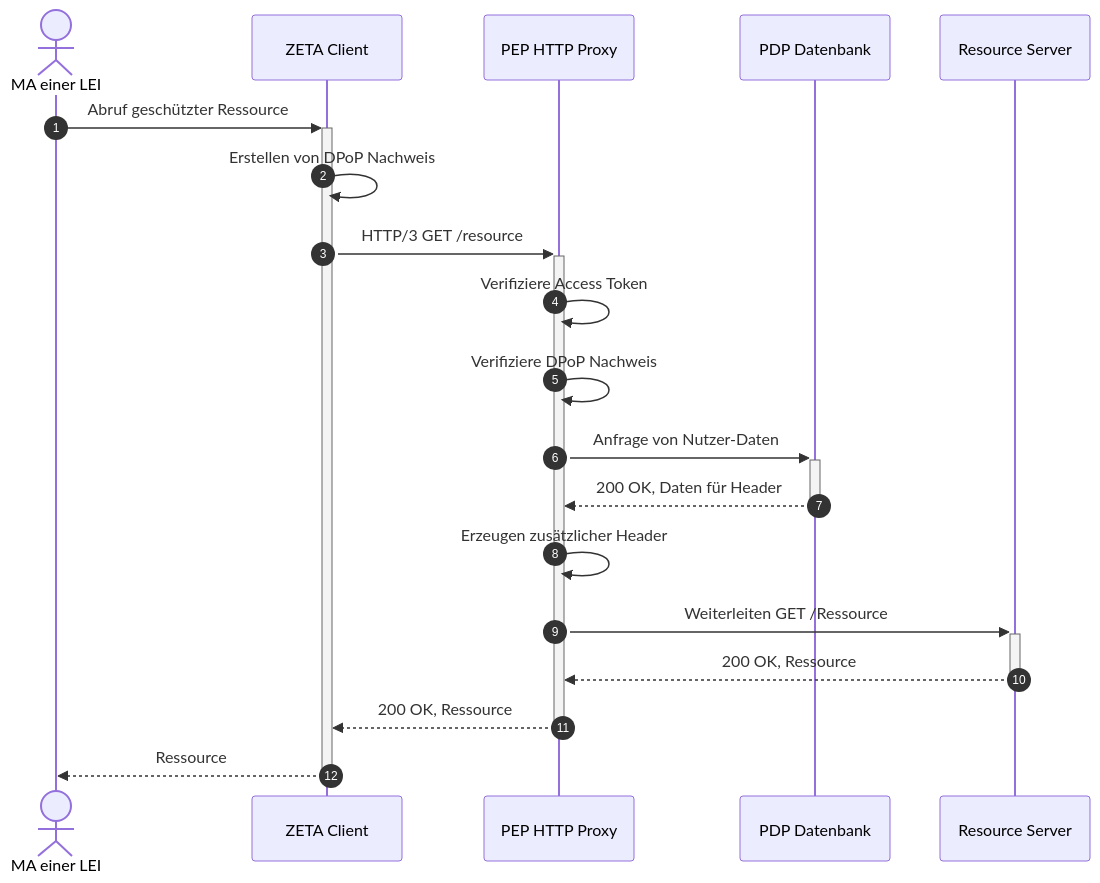
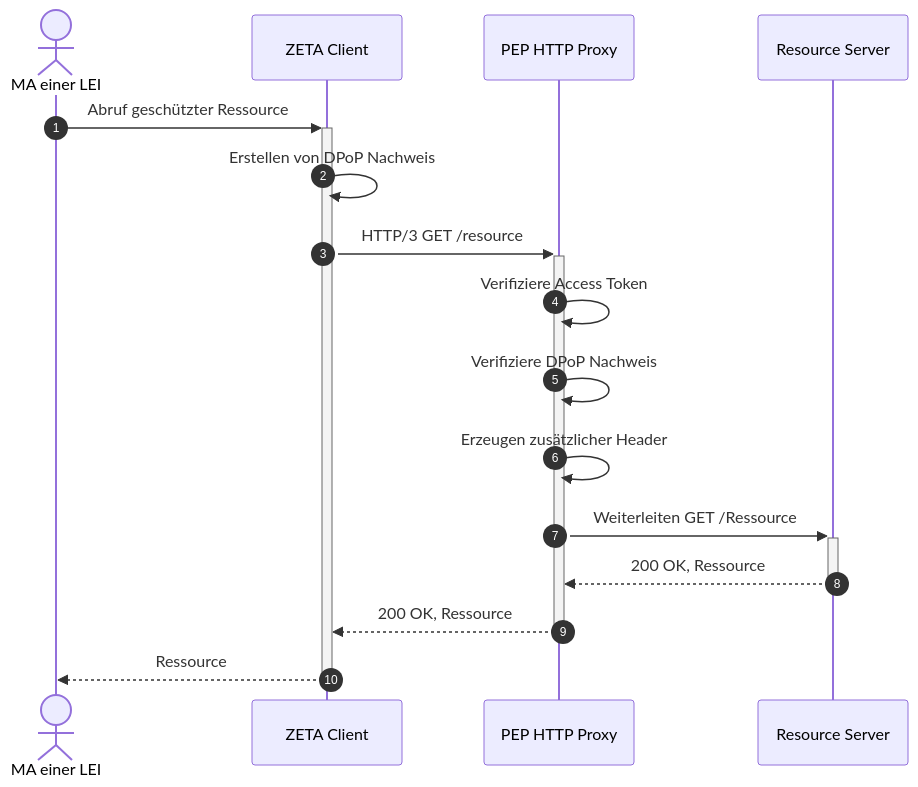
The diagram in src/test/resources/features/UserStory_01/UseCase_12/readme.adoc (gematik/zeta-tiger-testsuite), drawn with Mermaid before and after one commit. The commit also changed other lines of this file and 892 other files, not shown here.

```diff
--- a/src/test/resources/features/UserStory_01/UseCase_12/readme.adoc
+++ b/src/test/resources/features/UserStory_01/UseCase_12/readme.adoc
@@ -104,26 +94,23 @@
 [mermaid,usecase-01-12-sequence,svg]
 ....
 sequenceDiagram
     autonumber
 
     actor MA as MA einer LEI
     participant ZC as ZETA Client
     participant PEP-HP as PEP HTTP Proxy
-    participant PDP-DB as PDP Datenbank
     participant RS as Resource Server
 
     MA->>+ZC: Abruf geschützter Ressource
     ZC->>ZC: Erstellen von DPoP Nachweis
     ZC->>+PEP-HP: HTTP/3 GET /resource
 
 
     PEP-HP->>PEP-HP: Verifiziere Access Token
     PEP-HP->>PEP-HP: Verifiziere DPoP Nachweis
-    PEP-HP->>+PDP-DB: Anfrage von Nutzer-Daten
-    PDP-DB-->>-PEP-HP: 200 OK, Daten für Header
     PEP-HP->>PEP-HP: Erzeugen zusätzlicher Header
     PEP-HP->>+RS: Weiterleiten GET /Ressource
     RS-->>-PEP-HP: 200 OK, Ressource
     PEP-HP-->>-ZC: 200 OK, Ressource
     ZC-->>-MA: Ressource
 ....
```
